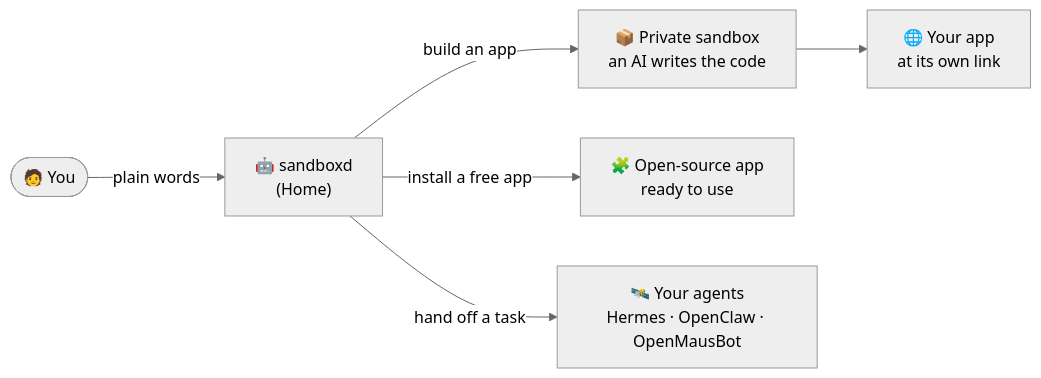
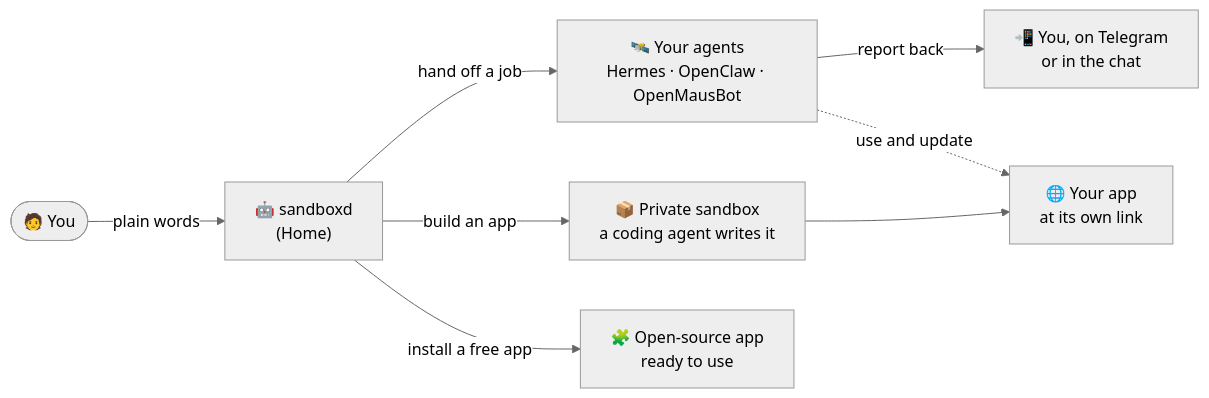
One commit to tastyeffectco/sandboxd changed the diagram in README.md. Above: the diagram before and after it, drawn with Mermaid (neutral theme). The commit also changed other lines of this file and 2 other files, not shown here.

First line of the commit message:
docs(readme): lead with agents, keep apps

````diff
--- a/README.md
+++ b/README.md
@@ -60,7 +66,9 @@
 ```mermaid
 flowchart LR
     you(["🧑 You"]) -- "plain words" --> agent["🤖 sandboxd<br/>(Home)"]
-    agent -- "build an app" --> sb["📦 Private sandbox<br/>an AI writes the code"] --> url["🌐 Your app<br/>at its own link"]
+    agent -- "hand off a job" --> crew["🛰️ Your agents<br/>Hermes · OpenClaw · OpenMausBot"]
+    crew -- "report back" --> tg["📲 You, on Telegram<br/>or in the chat"]
+    agent -- "build an app" --> sb["📦 Private sandbox<br/>a coding agent writes it"] --> url["🌐 Your app<br/>at its own link"]
+    crew -. "use and update" .-> url
     agent -- "install a free app" --> free["🧩 Open-source app<br/>ready to use"]
-    agent -- "hand off a task" --> crew["🛰️ Your agents<br/>Hermes · OpenClaw · OpenMausBot"]
 ```
````
